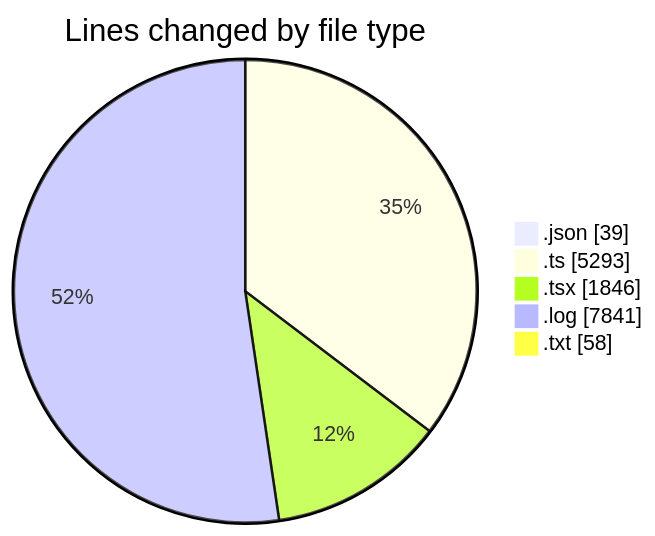
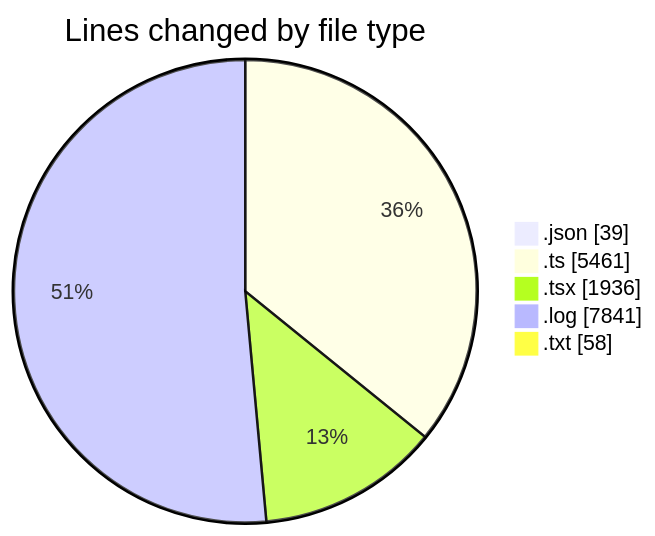
Before and after one commit to lephambinh05/code-tracking: the first of 2 diagrams in 2025-09-13/napxuvn/README.md, drawn with Mermaid. The commit also changed other lines of this file and 1 other file, not shown here.

````diff
--- a/2025-09-13/napxuvn/README.md
+++ b/2025-09-13/napxuvn/README.md
@@ -56,9 +58,9 @@
 ```mermaid
 pie showData
 title Lines changed by file type
 ".json" : 39
-".ts" : 5293
-".tsx" : 1846
+".ts" : 5461
+".tsx" : 1936
 ".log" : 7841
 ".txt" : 58
 ```
````
